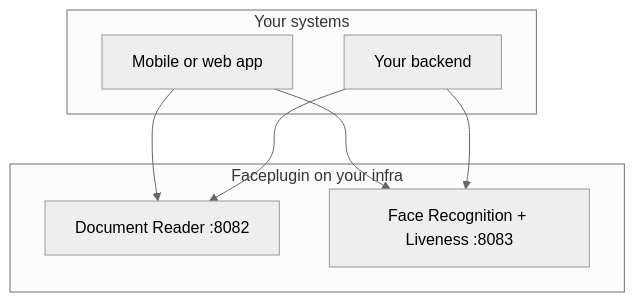
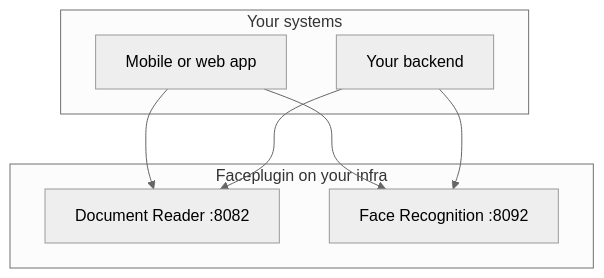
The second of 2 diagrams in faceplugin-docs/integration/deploy-and-host/architecture.md (gentlebear0988/faceplugin-docs), drawn with Mermaid (neutral theme) before and after one commit. The commit also changed other lines of this file and 46 other files, not shown here.

Commit message:
Update with the modifications of Face-Recognition-LivenessDetection(Mobile) and Face-Recognition(Server) and repots

````diff
--- a/faceplugin-docs/integration/deploy-and-host/architecture.md
+++ b/faceplugin-docs/integration/deploy-and-host/architecture.md
@@ -68,15 +69,15 @@
 ```mermaid
 flowchart TB
   subgraph customers [Your systems]
     MobileApp[Mobile or web app]
     Backend[Your backend]
   end
   subgraph faceplugin [Faceplugin on your infra]
     Doc8082[Document Reader :8082]
-    Face8083[Face Recognition + Liveness :8083]
+    Face8092[Face Recognition :8092]
   end
   MobileApp --> Doc8082
-  MobileApp --> Face8083
+  MobileApp --> Face8092
   Backend --> Doc8082
-  Backend --> Face8083
+  Backend --> Face8092
 ```
````
